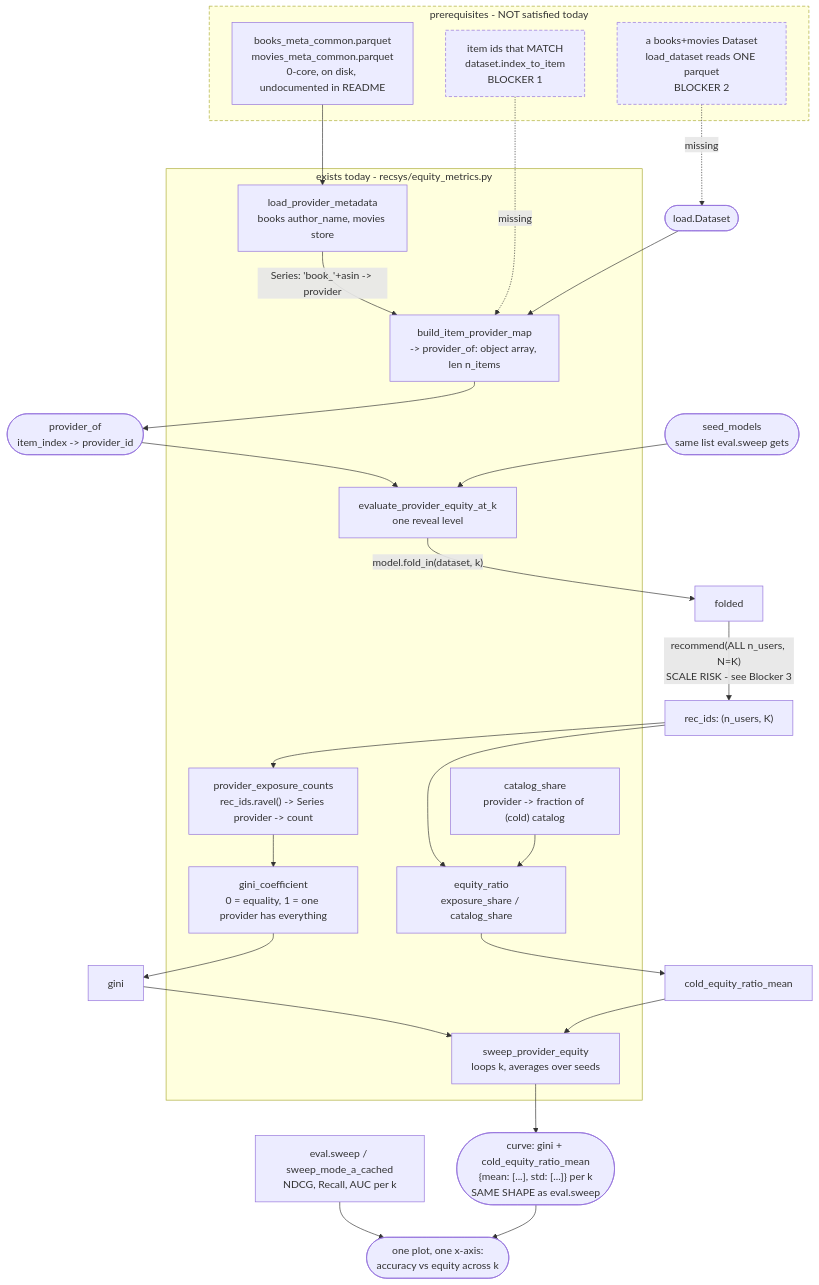
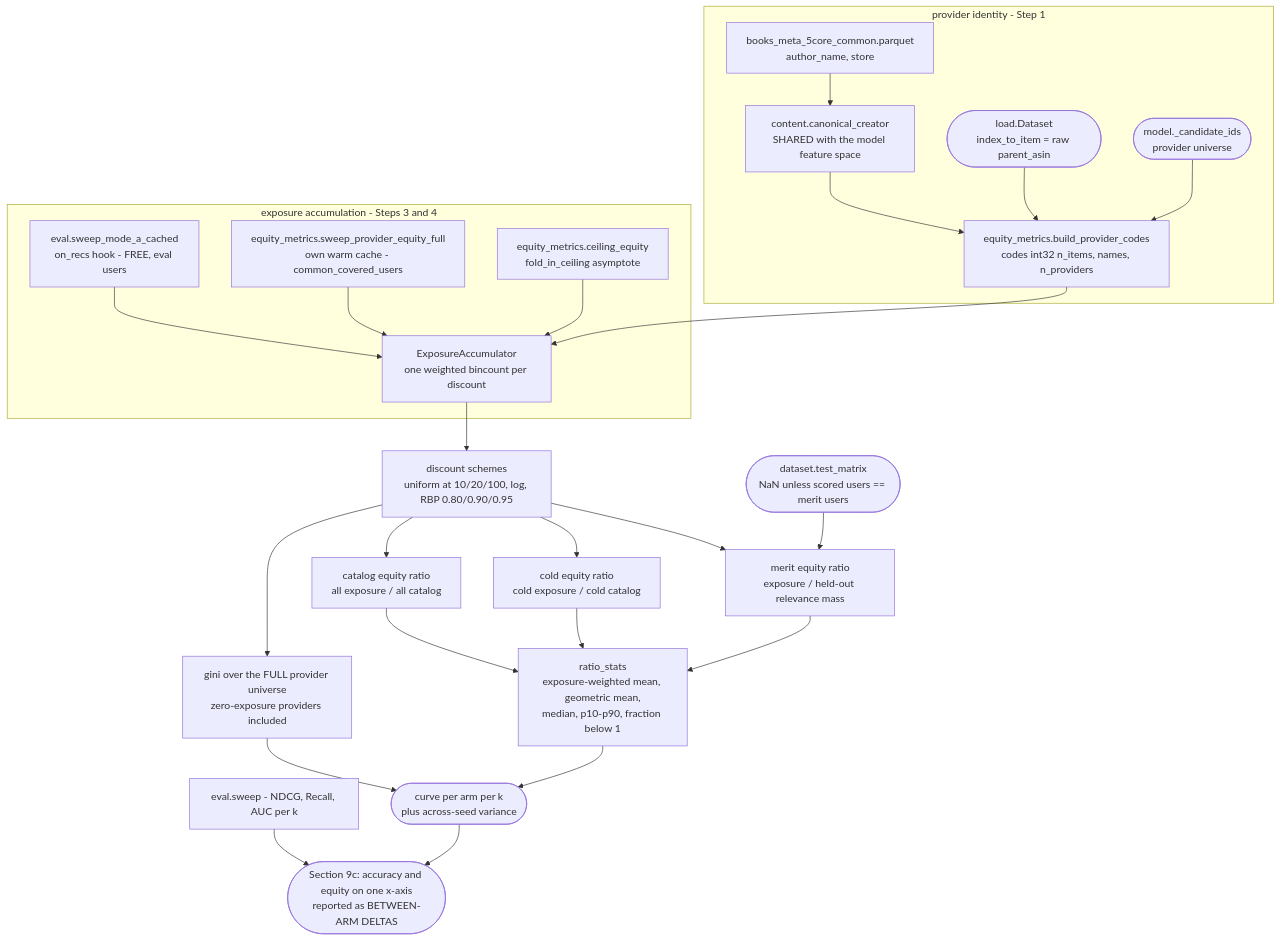
The diagram in design_documents/06-provider-equity.md (jessylan/llm-cold-start-recsys), drawn with Mermaid before and after one commit. The commit also changed other lines of this file and 11 other files, not shown here.

Commit message:
Integrate equity metrics

````diff
--- a/design_documents/06-provider-equity.md
+++ b/design_documents/06-provider-equity.md
@@ -17,46 +29,39 @@
 ```mermaid
 flowchart TD
-    subgraph EXISTS["exists today - recsys/equity_metrics.py"]
-        LPM["load_provider_metadata<br/>books author_name, movies store"]
-        BIPM["build_item_provider_map<br/>-&gt; provider_of: object array, len n_items"]
-        GINI["gini_coefficient<br/>0 = equality, 1 = one provider has everything"]
-        PEC["provider_exposure_counts<br/>rec_ids.ravel() -&gt; Series provider -&gt; count"]
-        CSH["catalog_share<br/>provider -&gt; fraction of (cold) catalog"]
-        ER["equity_ratio<br/>exposure_share / catalog_share"]
-        EPE["evaluate_provider_equity_at_k<br/>one reveal level"]
-        SPE["sweep_provider_equity<br/>loops k, averages over seeds"]
+    subgraph ID["provider identity - Step 1"]
+        META["books_meta_5core_common.parquet<br/>author_name, store"]
+        CC["content.canonical_creator<br/>SHARED with the model feature space"]
+        META --> CC
+        CC --> PMAP["equity_metrics.build_provider_codes<br/>codes int32 n_items, names, n_providers"]
+        DS(["load.Dataset<br/>index_to_item = raw parent_asin"]) --> PMAP
+        POOL(["model._candidate_ids<br/>provider universe"]) --> PMAP
     end
 
-    subgraph NEEDED["prerequisites - NOT satisfied today"]
-        P1["books_meta_common.parquet<br/>movies_meta_common.parquet<br/>0-core, on disk, undocumented in README"]
-        P2["item ids that MATCH<br/>dataset.index_to_item<br/>BLOCKER 1"]
-        P3["a books+movies Dataset<br/>load_dataset reads ONE parquet<br/>BLOCKER 2"]
+    subgraph ACC["exposure accumulation - Steps 3 and 4"]
+        H["eval.sweep_mode_a_cached<br/>on_recs hook - FREE, eval users"]
+        F["equity_metrics.sweep_provider_equity_full<br/>own warm cache - common_covered_users"]
+        C["equity_metrics.ceiling_equity<br/>fold_in_ceiling asymptote"]
+        H --> EA
+        F --> EA
+        C --> EA
+        EA["ExposureAccumulator<br/>one weighted bincount per discount"]
     end
 
-    P1 --> LPM
-    LPM -->|"Series: 'book_'+asin -&gt; provider"| BIPM
-    P2 -.->|"missing"| BIPM
-    DS(["load.Dataset"]) --> BIPM
-    P3 -.->|"missing"| DS
-    BIPM --> PROV(["provider_of<br/>item_index -&gt; provider_id"])
-
-    PROV --> EPE
-    MODELS(["seed_models<br/>same list eval.sweep gets"]) --> EPE
-    EPE -->|"model.fold_in(dataset, k)"| FOLD["folded"]
-    FOLD -->|"recommend(ALL n_users, N=K)<br/>SCALE RISK - see Blocker 3"| RECS["rec_ids: (n_users, K)"]
-    RECS --> PEC
-    RECS --> ER
-    PEC --> GINI
-    CSH --> ER
-    GINI --> OUT1["gini"]
-    ER --> OUT2["cold_equity_ratio_mean"]
-    OUT1 --> SPE
-    OUT2 --> SPE
-    SPE --> CURVE(["curve: gini + cold_equity_ratio_mean<br/>{mean: [...], std: [...]} per k<br/>SAME SHAPE as eval.sweep"])
-
-    EVS["eval.sweep / sweep_mode_a_cached<br/>NDCG, Recall, AUC per k"] --> PLOT(["one plot, one x-axis:<br/>accuracy vs equity across k"])
+    PMAP --> EA
+    EA --> DISC["discount schemes<br/>uniform at 10/20/100, log, RBP 0.80/0.90/0.95"]
+    DISC --> G["gini over the FULL provider universe<br/>zero-exposure providers included"]
+    DISC --> R1["catalog equity ratio<br/>all exposure / all catalog"]
+    DISC --> R2["cold equity ratio<br/>cold exposure / cold catalog"]
+    DISC --> R3["merit equity ratio<br/>exposure / held-out relevance mass"]
+    TM(["dataset.test_matrix<br/>NaN unless scored users == merit users"]) --> R3
+    R1 --> ST
+    R2 --> ST
+    R3 --> ST
+    ST["ratio_stats<br/>exposure-weighted mean, geometric mean,<br/>median, p10-p90, fraction below 1"]
+    G --> CURVE
+    ST --> CURVE
+    CURVE(["curve per arm per k<br/>plus across-seed variance"])
+    EVS["eval.sweep - NDCG, Recall, AUC per k"] --> PLOT
     CURVE --> PLOT
-
-    classDef blocked stroke-dasharray: 5 3
-    class NEEDED,P2,P3 blocked
+    PLOT(["Section 9c: accuracy and equity on one x-axis<br/>reported as BETWEEN-ARM DELTAS"])
 ```
````
